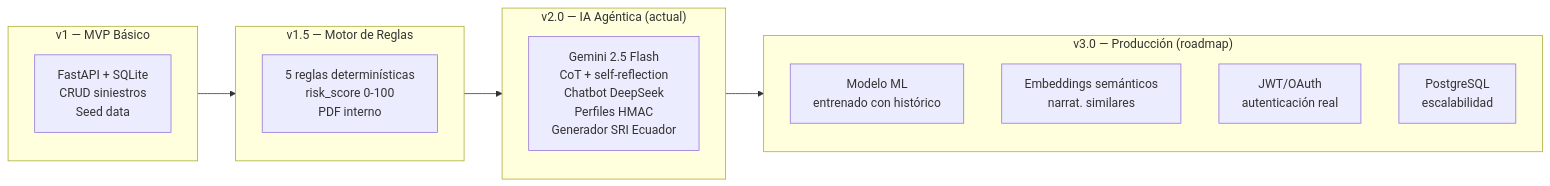
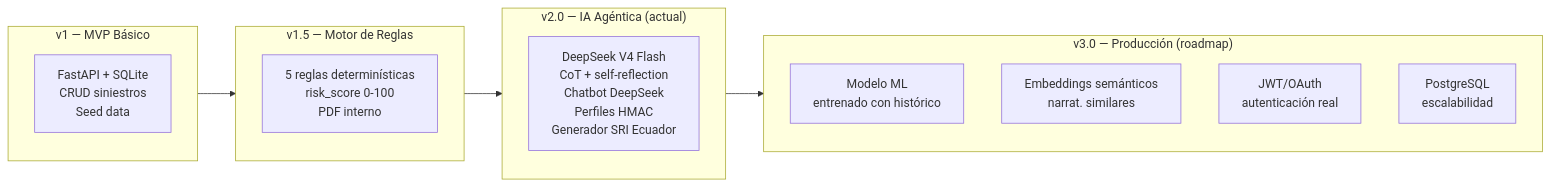
One commit to yosuSALA/Final-reto changed the second of 3 diagrams in docs/diagramas/diagrama_plan_implementacion.md. Above: the diagram before and after it, drawn with Mermaid. The commit also changed other lines of this file and 46 other files, not shown here.

Commit message:
Demo final: arranque portable, generador manual/auto, auditoria IA DeepSeek, guia paso a paso corregida, docs actualizados

````diff
--- a/docs/diagramas/diagrama_plan_implementacion.md
+++ b/docs/diagramas/diagrama_plan_implementacion.md
@@ -42,23 +42,23 @@
 ```mermaid
 flowchart LR
     subgraph V1["v1 — MVP Básico"]
         V1A["FastAPI + SQLite\nCRUD siniestros\nSeed data"]
     end
 
     subgraph V2["v1.5 — Motor de Reglas"]
         V2A["5 reglas determinísticas\nrisk_score 0-100\nPDF interno"]
     end
 
     subgraph V3["v2.0 — IA Agéntica (actual)"]
-        V3A["Gemini 2.5 Flash\nCoT + self-reflection\nChatbot DeepSeek\nPerfiles HMAC\nGenerador SRI Ecuador"]
+        V3A["DeepSeek V4 Flash\nCoT + self-reflection\nChatbot DeepSeek\nPerfiles HMAC\nGenerador SRI Ecuador"]
     end
 
     subgraph FUTURE["v3.0 — Producción (roadmap)"]
         FA["Modelo ML\nentrenado con histórico"]
         FB["Embeddings semánticos\nnarrat. similares"]
         FC["JWT/OAuth\nautenticación real"]
         FD["PostgreSQL\nescalabilidad"]
     end
 
     V1 --> V2 --> V3 --> FUTURE
 ```
````
